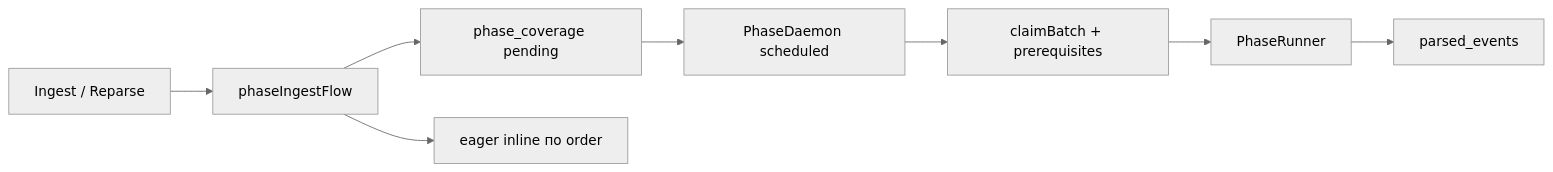
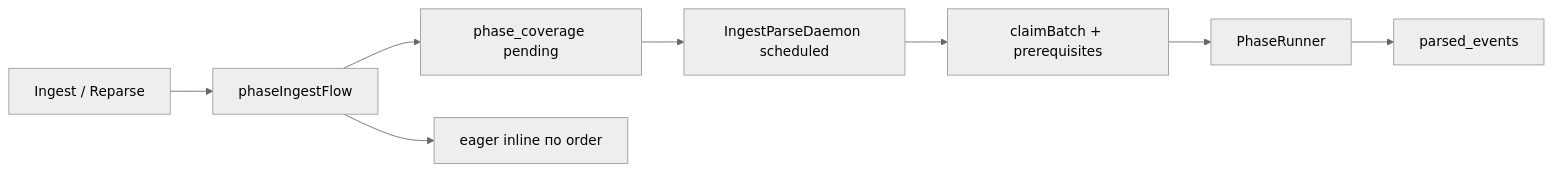
The diagram in docs/phase-pipeline.md (exclusiveLogin/radar), drawn with Mermaid (neutral theme) before and after one commit. The commit also changed other lines of this file and 119 other files, not shown here.

First line of the commit message:
feat(geo): place-centric enrichment pipeline и geoParse daemon

````diff
--- a/docs/phase-pipeline.md
+++ b/docs/phase-pipeline.md
@@ -23,10 +23,10 @@
 ```mermaid
 flowchart LR
   ingest[Ingest / Reparse] --> flow[phaseIngestFlow]
   flow --> cov[phase_coverage pending]
   flow --> eager[eager inline по order]
-  cov --> daemon[PhaseDaemon scheduled]
+  cov --> daemon[IngestParseDaemon scheduled]
   daemon --> claim[claimBatch + prerequisites]
   claim --> runner[PhaseRunner]
   runner --> pe[parsed_events]
 ```
````
